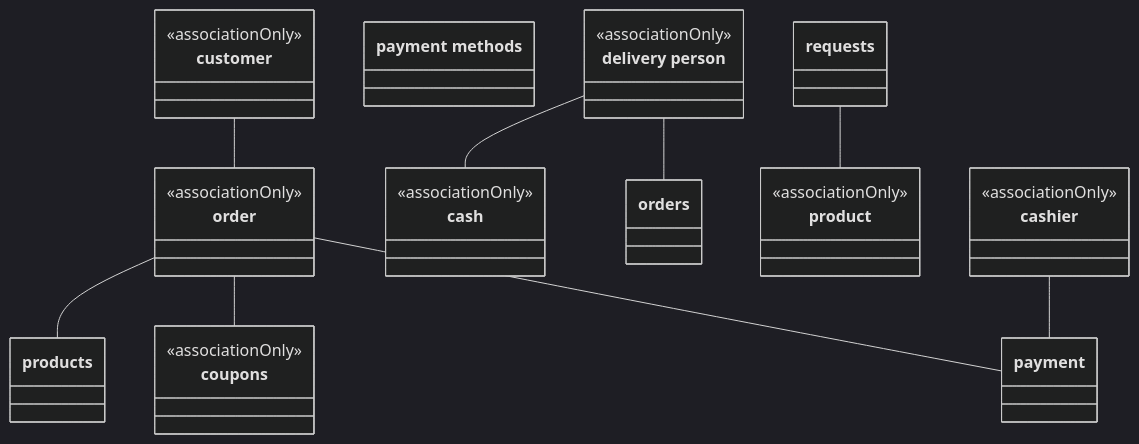
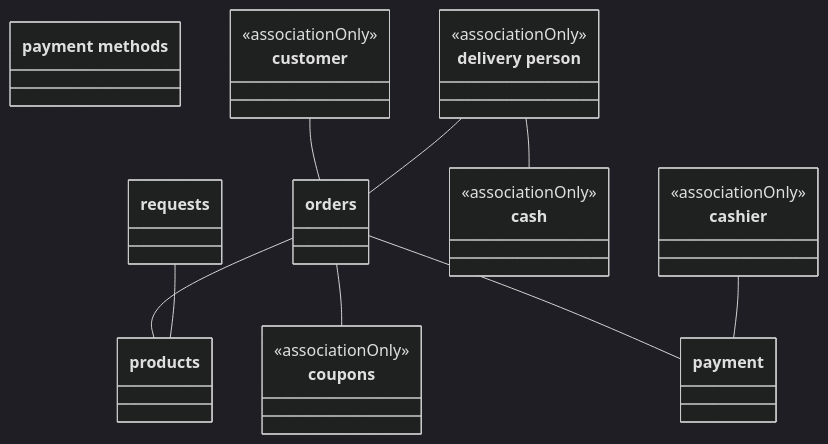
One commit to DomDeWulf/user-story-domain-model-datasets changed the diagram in 2_gold_standard_domain_models/fish_chips.mmd. Above: the diagram before and after it, drawn with Mermaid (dark theme). The commit also changed 13 other files, not shown here.

Commit message:
Normalize domain-model terms and document association assumptions

```diff
--- a/2_gold_standard_domain_models/fish_chips.mmd
+++ b/2_gold_standard_domain_models/fish_chips.mmd
@@ -1,33 +1,68 @@
 classDiagram
     %% Project: Fish&Chips
-    %% Labels and association rows are preserved exactly from the original workbooks.
-    %% associationOnly marks endpoints absent from the gold-standard class list.
-    %% These additional nodes are not gold-standard classes.
-    %% No direction, multiplicity, attributes, or methods are inferred.
+    %% Class labels match Gold standard - Classes.xlsx exactly, including capitalization.
+    %% Singular/plural forms are assumed equivalent; every changed endpoint is documented below.
+    %% Every association preserves one row of Gold standard - Associations.xlsx, in workbook order.
+    %% associationOnly nodes have no matching class in the Classes Excel; exclude them from class evaluation.
+    %% No direction, multiplicity, relationship labels, inheritance, attributes, or methods are inferred.
     class C001["payment"]
     class C002["products"]
     class C003["orders"]
     class C004["requests"]
     class C005["payment methods"]
-    class C006["order"]
+    class C006["customer"]
     <<associationOnly>> C006
-    class C007["product"]
+    class C007["coupons"]
     <<associationOnly>> C007
-    class C008["customer"]
+    class C008["delivery person"]
     <<associationOnly>> C008
-    class C009["coupons"]
+    class C009["cash"]
     <<associationOnly>> C009
-    class C010["delivery person"]
+    class C010["cashier"]
     <<associationOnly>> C010
-    class C011["cash"]
-    <<associationOnly>> C011
-    class C012["cashier"]
-    <<associationOnly>> C012
-    C006 -- C002
-    C004 -- C007
-    C008 -- C006
-    C006 -- C009
-    C010 -- C011
-    C010 -- C003
-    C006 -- C001
-    C012 -- C001
+
+    %% Association (Classes Excel terms where available): orders -- products
+    %% Associations Excel (Sheet1!C3:D3): order -- products.
+    %% Assumption: "order" -> "orders" (singular/plural forms are assumed interchangeable).
+    C003 -- C002
+
+    %% Association (Classes Excel terms where available): requests -- products
+    %% Associations Excel (Sheet1!C4:D4): requests -- product.
+    %% Assumption: "product" -> "products" (singular/plural forms are assumed interchangeable).
+    C004 -- C002
+
+    %% Association (Classes Excel terms where available): customer -- orders
+    %% Associations Excel (Sheet1!C5:D5): customer -- order.
+    %% Assumption: "order" -> "orders" (singular/plural forms are assumed interchangeable).
+    %% Absent from Classes Excel: "customer" is associationOnly; no equivalent class identified; retained to preserve the source association.
+    C006 -- C003
+
+    %% Association (Classes Excel terms where available): orders -- coupons
+    %% Associations Excel (Sheet1!C6:D6): order -- coupons.
+    %% Assumption: "order" -> "orders" (singular/plural forms are assumed interchangeable).
+    %% Absent from Classes Excel: "coupons" is associationOnly; no equivalent class identified; retained to preserve the source association.
+    C003 -- C007
+
+    %% Association (Classes Excel terms where available): delivery person -- cash
+    %% Associations Excel (Sheet1!C7:D7): delivery person -- cash.
+    %% Wording differences: none.
+    %% Absent from Classes Excel: "delivery person" is associationOnly; no equivalent class identified; retained to preserve the source association.
+    %% Absent from Classes Excel: "cash" is associationOnly; no equivalent class identified; retained to preserve the source association.
+    C008 -- C009
+
+    %% Association (Classes Excel terms where available): delivery person -- orders
+    %% Associations Excel (Sheet1!C8:D8): delivery person -- orders.
+    %% Wording differences: none.
+    %% Absent from Classes Excel: "delivery person" is associationOnly; no equivalent class identified; retained to preserve the source association.
+    C008 -- C003
+
+    %% Association (Classes Excel terms where available): orders -- payment
+    %% Associations Excel (Sheet1!C9:D9): order -- payment.
+    %% Assumption: "order" -> "orders" (singular/plural forms are assumed interchangeable).
+    C003 -- C001
+
+    %% Association (Classes Excel terms where available): cashier -- payment
+    %% Associations Excel (Sheet1!C10:D10): cashier -- payment.
+    %% Wording differences: none.
+    %% Absent from Classes Excel: "cashier" is associationOnly; no equivalent class identified; retained to preserve the source association.
+    C010 -- C001
```
